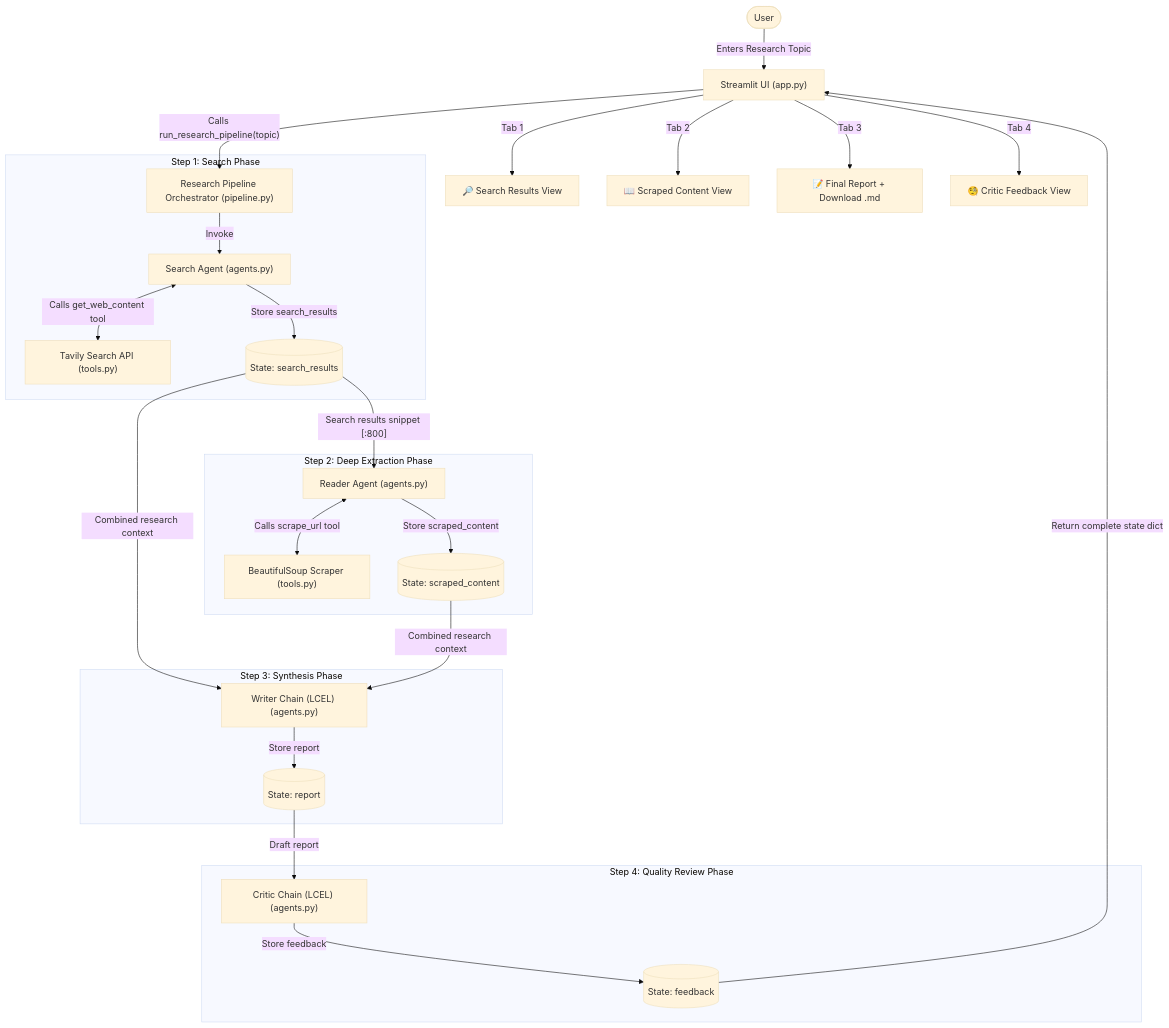
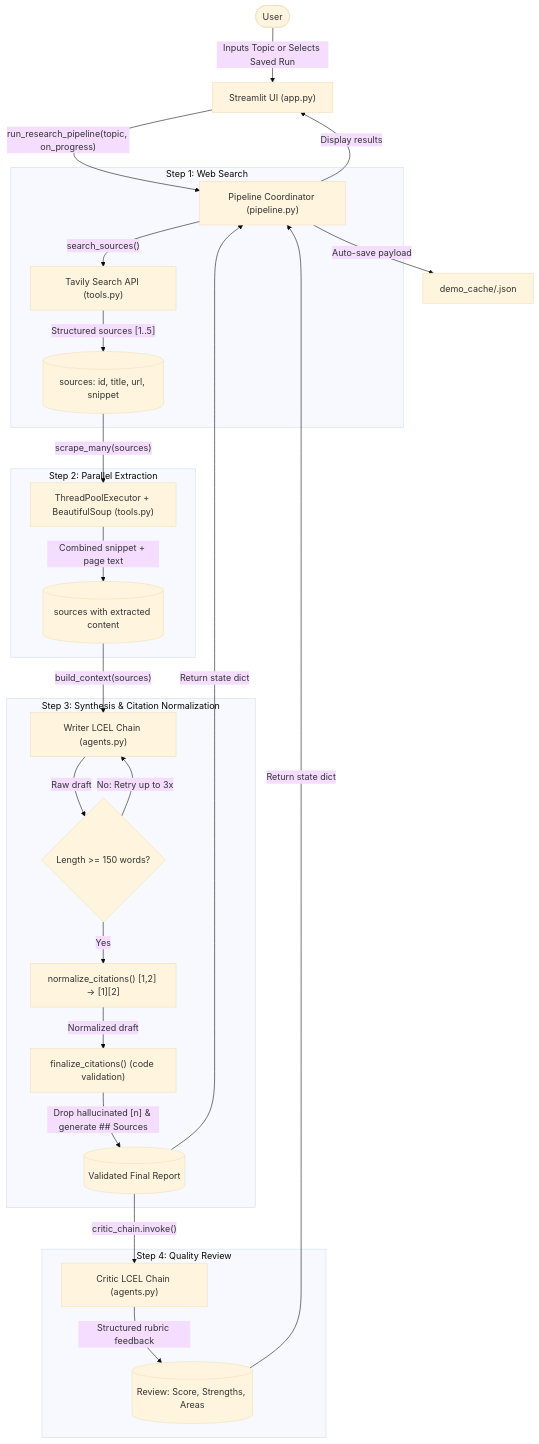
One commit to ayusshhsharma/MultiAgentSystem changed the diagram in README.md. Above: the diagram before and after it, drawn with Mermaid (base theme). The commit also changed other lines of this file and 1 other file, not shown here.

Commit message:
docs: update README and add demo guide

````diff
--- a/README.md
+++ b/README.md
@@ -81,39 +93,39 @@
 ```mermaid
 flowchart TD
     classDef ui fill:#1E293B,stroke:#38BDF8,stroke-width:2px,color:#F8FAFC;
-    classDef agent fill:#0F172A,stroke:#818CF8,stroke-width:2px,color:#F8FAFC;
+    classDef proc fill:#0F172A,stroke:#818CF8,stroke-width:2px,color:#F8FAFC;
     classDef tool fill:#14532D,stroke:#4ADE80,stroke-width:2px,color:#F8FAFC;
-    classDef chain fill:#4C1D95,stroke:#C084FC,stroke-width:2px,color:#F8FAFC;
-    classDef state fill:#3B0764,stroke:#F472B6,stroke-width:2px,color:#F8FAFC;
+    classDef lcel fill:#4C1D95,stroke:#C084FC,stroke-width:2px,color:#F8FAFC;
+    classDef code fill:#3B0764,stroke:#F472B6,stroke-width:2px,color:#F8FAFC;
 
-    User([User]) -->|"Enters Research Topic"| UI["Streamlit UI (app.py)"]
-    UI -->|"Calls run_research_pipeline(topic)"| Pipeline["Research Pipeline Orchestrator (pipeline.py)"]
-    
-    subgraph Step1 ["Step 1: Search Phase"]
-        Pipeline -->|"Invoke"| SearchAgent["Search Agent (agents.py)"]
-        SearchAgent <-->|"Calls get_web_content tool"| TavilyAPI["Tavily Search API (tools.py)"]
-        SearchAgent -->|"Store search_results"| State1[("State: search_results")]
+    User([User]) -->|"Inputs Topic or Selects Saved Run"| UI["Streamlit UI (app.py)"]
+    UI -->|"run_research_pipeline(topic, on_progress)"| Pipeline["Pipeline Coordinator (pipeline.py)"]
+
+    subgraph Step1 ["Step 1: Web Search"]
+        Pipeline -->|"search_sources()"| TavilyTool["Tavily Search API (tools.py)"]
+        TavilyTool -->|"Structured sources [1..5]"| S1[("sources: id, title, url, snippet")]
     end
 
-    subgraph Step2 ["Step 2: Deep Extraction Phase"]
-        State1 -->|"Search results snippet [:800]"| ReaderAgent["Reader Agent (agents.py)"]
-        ReaderAgent <-->|"Calls scrape_url tool"| BS4Scraper["BeautifulSoup Scraper (tools.py)"]
-        ReaderAgent -->|"Store scraped_content"| State2[("State: scraped_content")]
+    subgraph Step2 ["Step 2: Parallel Extraction"]
+        S1 -->|"scrape_many(sources)"| ScraperPool["ThreadPoolExecutor + BeautifulSoup (tools.py)"]
+        ScraperPool -->|"Combined snippet + page text"| S2[("sources with extracted content")]
     end
 
-    subgraph Step3 ["Step 3: Synthesis Phase"]
-        State1 & State2 -->|"Combined research context"| WriterChain["Writer Chain (LCEL) (agents.py)"]
-        WriterChain -->|"Store report"| State3[("State: report")]
+    subgraph Step3 ["Step 3: Synthesis & Citation Normalization"]
+        S2 -->|"build_context(sources)"| Writer["Writer LCEL Chain (agents.py)"]
+        Writer -->|"Raw draft"| RetryCheck{"Length >= 150 words?"}
+        RetryCheck -->|No: Retry up to 3x| Writer
+        RetryCheck -->|Yes| Normalizer["normalize_citations() [1,2] -> [1][2]"]
+        Normalizer -->|"Normalized draft"| CitValidator["finalize_citations() (code validation)"]
+        CitValidator -->|"Drop hallucinated [n] & generate ## Sources"| ValidatedReport[("Validated Final Report")]
     end
 
-    subgraph Step4 ["Step 4: Quality Review Phase"]
-        State3 -->|"Draft report"| CriticChain["Critic Chain (LCEL) (agents.py)"]
-        CriticChain -->|"Store feedback"| State4[("State: feedback")]
+    subgraph Step4 ["Step 4: Quality Review"]
+        ValidatedReport -->|"critic_chain.invoke()"| Critic["Critic LCEL Chain (agents.py)"]
+        Critic -->|"Structured rubric feedback"| Feedback[("Review: Score, Strengths, Areas")]
     end
 
-    State4 -->|"Return complete state dict"| UI
-    UI -->|"Tab 1"| OutSearch["🔎 Search Results View"]
-    UI -->|"Tab 2"| OutScraped["📖 Scraped Content View"]
-    UI -->|"Tab 3"| OutReport["📝 Final Report + Download .md"]
-    UI -->|"Tab 4"| OutCritic["🧐 Critic Feedback View"]
+    Feedback & ValidatedReport -->|"Return state dict"| Pipeline
+    Pipeline -->|"Auto-save payload"| Cache["demo_cache/<slug>.json"]
+    Pipeline -->|"Display results"| UI
 ```
````
